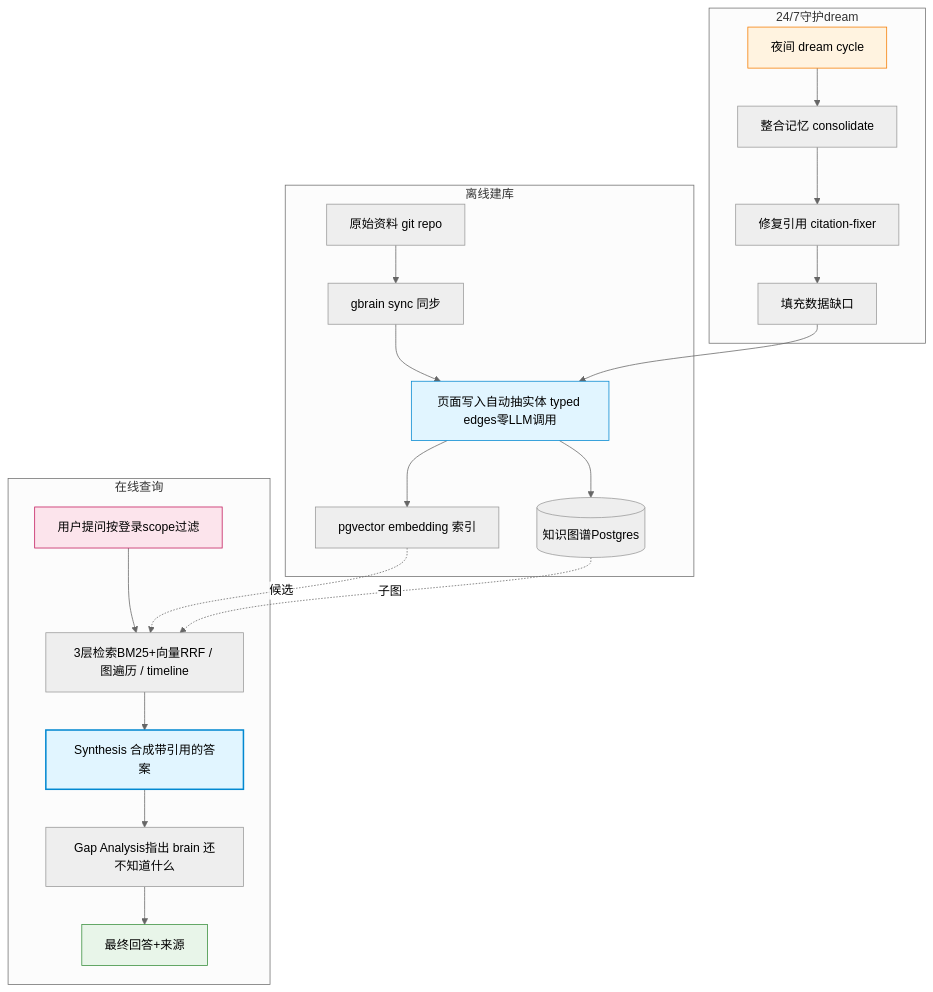
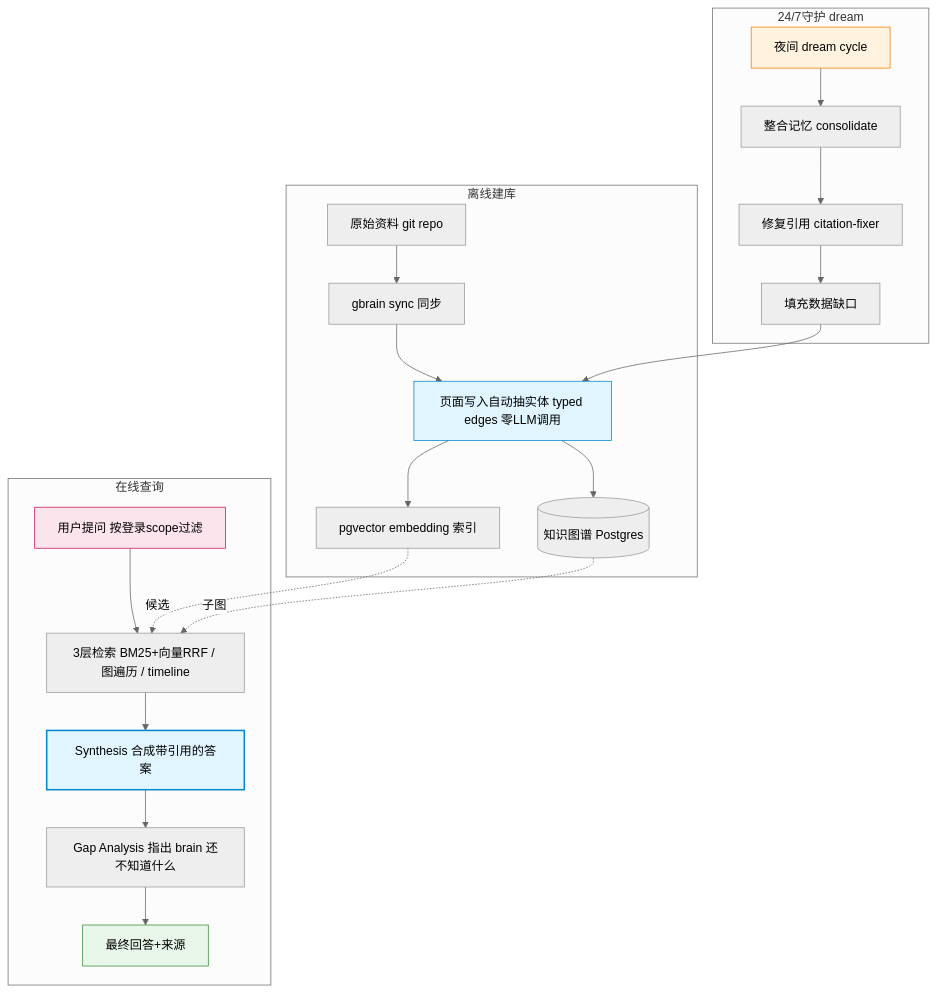
Diagram 15 of 18 in docs/kb_retrieval_solutions.md (Laughingtt/kb-retrieval-sys), drawn with Mermaid (neutral theme) before and after one commit. The commit also changed other lines of this file, not shown here.

````diff
--- a/docs/kb_retrieval_solutions.md
+++ b/docs/kb_retrieval_solutions.md
@@ -584,29 +613,29 @@
 ```mermaid
 flowchart TD
-    subgraph 离线建库
+    subgraph S1 [离线建库]
         B1[原始资料 git repo] --> B2[gbrain sync 同步]
-        B2 --> B3[页面写入自动抽实体 typed edges零LLM调用]
+        B2 --> B3[页面写入自动抽实体 typed edges 零LLM调用]
         B3 --> B4[pgvector embedding 索引]
-        B3 --> B5[(知识图谱Postgres)]
+        B3 --> B5[(知识图谱 Postgres)]
     end
-    subgraph 24/7守护dream
+    subgraph S2 [24/7守护 dream]
         D1[夜间 dream cycle] --> D2[整合记忆 consolidate]
         D2 --> D3[修复引用 citation-fixer]
         D3 --> D4[填充数据缺口]
     end
-    subgraph 在线查询
-        Q1[用户提问按登录scope过滤] --> Q2[3层检索BM25+向量RRF / 图遍历 / timeline]
+    subgraph S3 [在线查询]
+        Q1[用户提问 按登录scope过滤] --> Q2[3层检索 BM25+向量RRF / 图遍历 / timeline]
         B4 -.候选.-> Q2
         B5 -.子图.-> Q2
         Q2 --> Q3[Synthesis 合成带引用的答案]
-        Q3 --> Q4[Gap Analysis指出 brain 还不知道什么]
+        Q3 --> Q4[Gap Analysis 指出 brain 还不知道什么]
         Q4 --> Q5[最终回答+来源]
     end
     D4 --> B3
 
     style B3 fill:#e1f5ff,stroke:#0288d1
     style Q3 fill:#e1f5ff,stroke:#0288d1,stroke-width:2px
     style D1 fill:#fff3e0,stroke:#f57c00
     style Q5 fill:#e8f5e9,stroke:#388e3c
     style Q1 fill:#fce4ec,stroke:#c2185b
 ```
````
